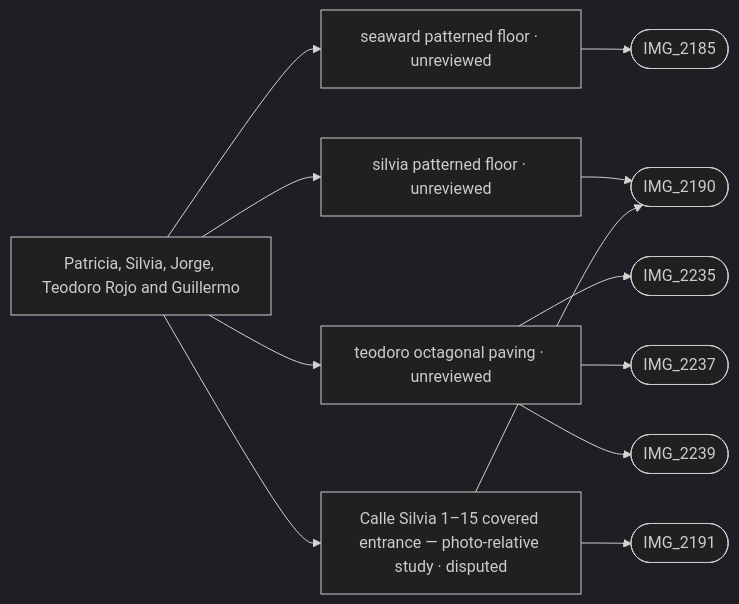
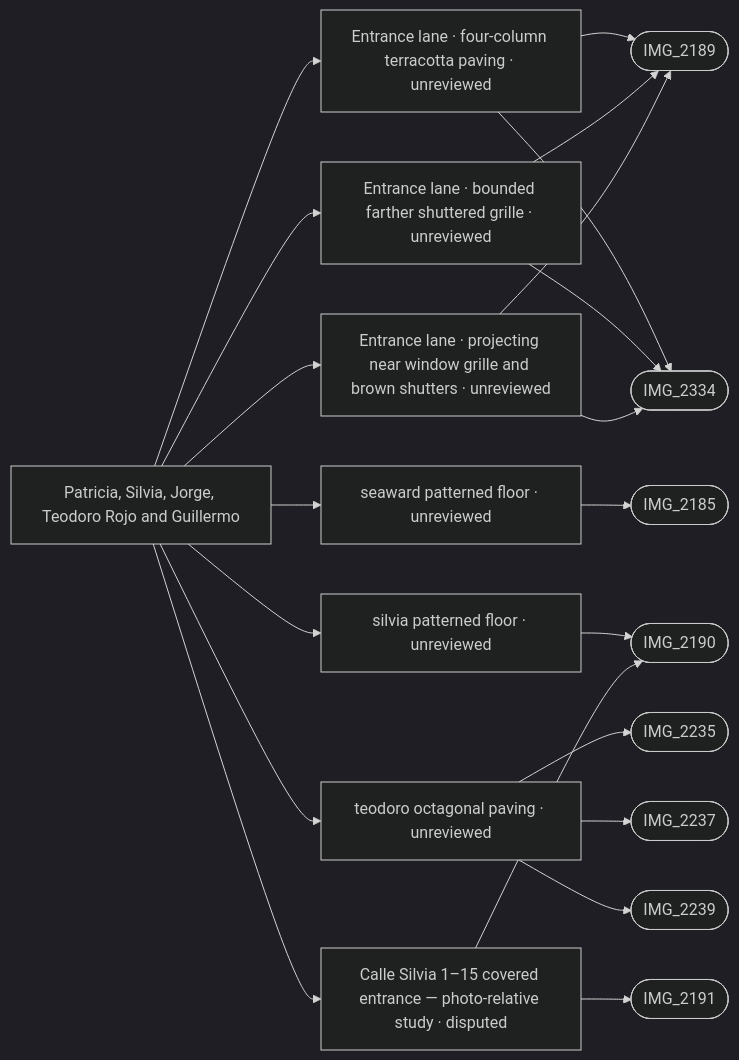
Before and after one commit to daveyboyc/villacana-venture: the diagram in refs/areas/seaward-lanes.md, drawn with Mermaid (dark theme). The commit also changed other lines of this file and 56 other files, not shown here.

Commit message:
Build photo-supported entrance lane and bench details; record satellite spacing review

````diff
--- a/refs/areas/seaward-lanes.md
+++ b/refs/areas/seaward-lanes.md
@@ -44,15 +44,24 @@
 ```mermaid
 graph LR
   A["Patricia, Silvia, Jorge, Teodoro Rojo and Guillermo"]
-  A --> F0["seaward patterned floor · unreviewed"]
-  F0 --> PIMG_2185_jpg(["IMG_2185"])
-  A --> F1["silvia patterned floor · unreviewed"]
-  F1 --> PIMG_2190_jpg(["IMG_2190"])
-  A --> F2["teodoro octagonal paving · unreviewed"]
-  F2 --> PIMG_2235_jpg(["IMG_2235"])
-  F2 --> PIMG_2237_jpg(["IMG_2237"])
-  F2 --> PIMG_2239_jpg(["IMG_2239"])
-  A --> F3["Calle Silvia 1–15 covered entrance — photo-relative study · disputed"]
-  F3 --> PIMG_2190_jpg(["IMG_2190"])
-  F3 --> PIMG_2191_jpg(["IMG_2191"])
+  A --> F0["Entrance lane · four-column terracotta paving · unreviewed"]
+  F0 --> PIMG_2189_jpg(["IMG_2189"])
+  F0 --> PIMG_2334_jpg(["IMG_2334"])
+  A --> F1["Entrance lane · bounded farther shuttered grille · unreviewed"]
+  F1 --> PIMG_2189_jpg(["IMG_2189"])
+  F1 --> PIMG_2334_jpg(["IMG_2334"])
+  A --> F2["Entrance lane · projecting near window grille and brown shutters · unreviewed"]
+  F2 --> PIMG_2189_jpg(["IMG_2189"])
+  F2 --> PIMG_2334_jpg(["IMG_2334"])
+  A --> F3["seaward patterned floor · unreviewed"]
+  F3 --> PIMG_2185_jpg(["IMG_2185"])
+  A --> F4["silvia patterned floor · unreviewed"]
+  F4 --> PIMG_2190_jpg(["IMG_2190"])
+  A --> F5["teodoro octagonal paving · unreviewed"]
+  F5 --> PIMG_2235_jpg(["IMG_2235"])
+  F5 --> PIMG_2237_jpg(["IMG_2237"])
+  F5 --> PIMG_2239_jpg(["IMG_2239"])
+  A --> F6["Calle Silvia 1–15 covered entrance — photo-relative study · disputed"]
+  F6 --> PIMG_2190_jpg(["IMG_2190"])
+  F6 --> PIMG_2191_jpg(["IMG_2191"])
 ```
````
